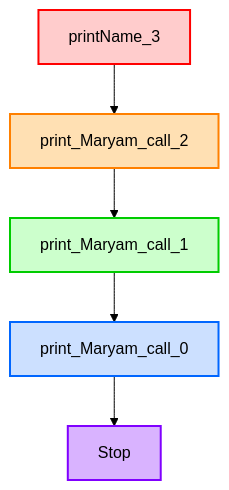
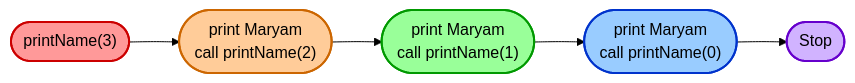
Before and after one commit to Maryam-Skaik/java-ds-lab-recursion: the first of 8 diagrams in README.md, drawn with Mermaid (forest theme). The commit also changed other lines of this file, not shown here.

````diff
--- a/README.md
+++ b/README.md
@@ -81,20 +81,17 @@
 ```mermaid
-flowchart TD
-    A[printName_3]
-    B[print_Maryam_call_2]
-    C[print_Maryam_call_1]
-    D[print_Maryam_call_0]
-    E[Stop]
+flowchart LR
+    A(["printName(3)"])
+    B(["print Maryam<br>call printName(2)"])
+    C(["print Maryam<br>call printName(1)"])
+    D(["print Maryam<br>call printName(0)"])
+    E(["Stop"])
 
-    A --> B
-    B --> C
-    C --> D
-    D --> E
+    A --> B --> C --> D --> E
 
-    %% Colors with black font
-    style A fill:#ffcccc,stroke:#ff0000,stroke-width:2px,color:#000000
-    style B fill:#ffe0b3,stroke:#ff8000,stroke-width:2px,color:#000000
-    style C fill:#ccffcc,stroke:#00cc00,stroke-width:2px,color:#000000
-    style D fill:#cce0ff,stroke:#0066ff,stroke-width:2px,color:#000000
-    style E fill:#d9b3ff,stroke:#8000ff,stroke-width:2px,color:#000000
+    %% Colors with black font and rounded nodes
+    style A fill:#ff9999,stroke:#cc0000,stroke-width:2px,color:#000000,rx:10,ry:10
+    style B fill:#ffcc99,stroke:#cc6600,stroke-width:2px,color:#000000,rx:10,ry:10
+    style C fill:#99ff99,stroke:#009900,stroke-width:2px,color:#000000,rx:10,ry:10
+    style D fill:#99ccff,stroke:#0033cc,stroke-width:2px,color:#000000,rx:10,ry:10
+    style E fill:#d1b3ff,stroke:#6600cc,stroke-width:2px,color:#000000,rx:10,ry:10
 ```
````
